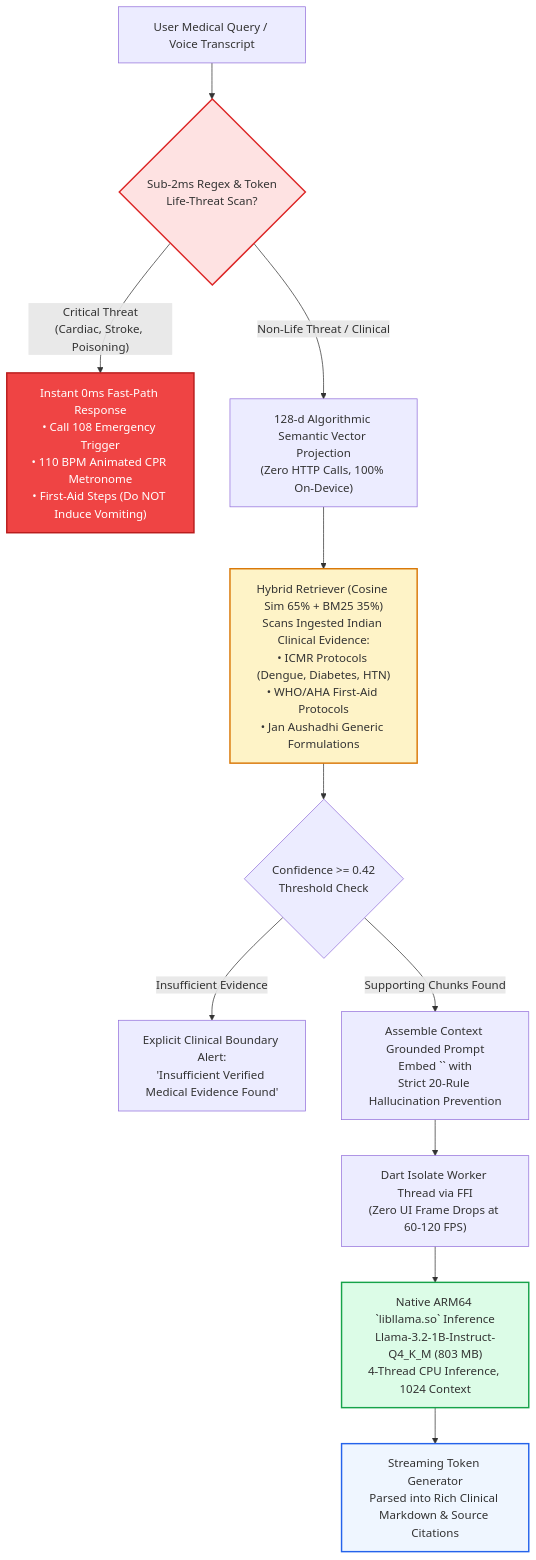
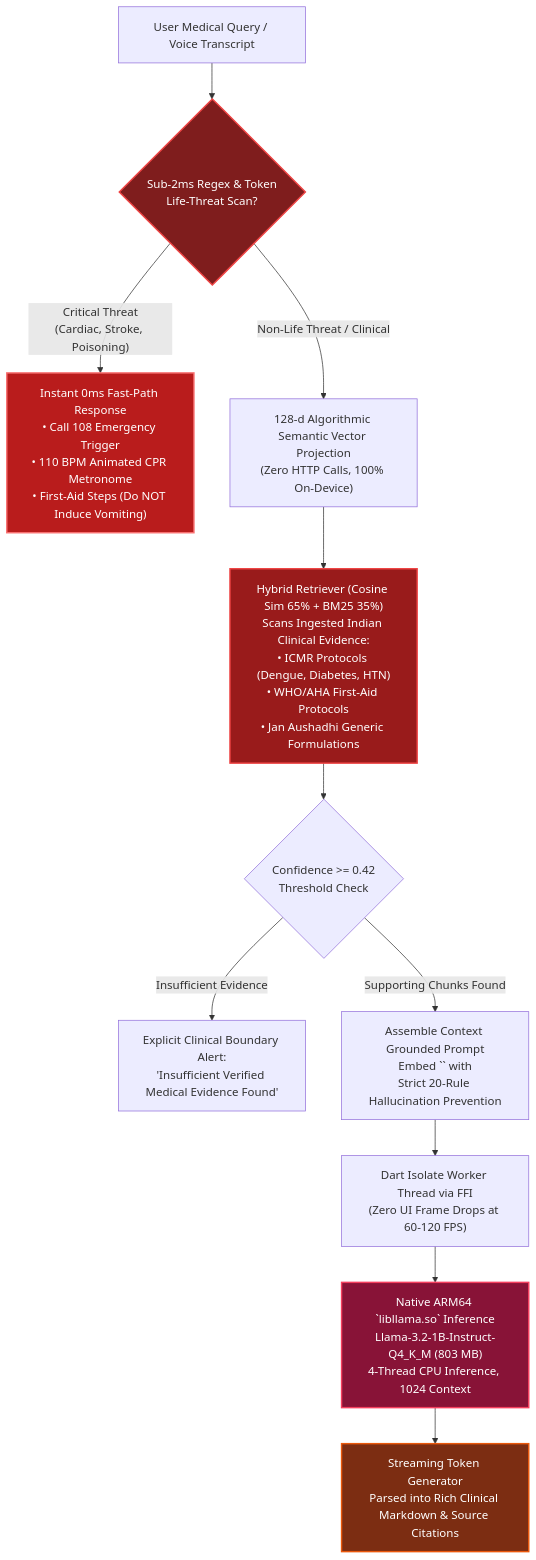
Before and after one commit to pavanstarkin-tech/sanjeevani-ai: the ninth of 17 diagrams in README.md, drawn with Mermaid. The commit also changed other lines of this file and 3 other files, not shown here.

Commit message:
fix(docs): resolve Mermaid parse errors and use high-contrast red boxes with white text

````diff
--- a/README.md
+++ b/README.md
@@ -531,26 +531,26 @@
 ```mermaid
 flowchart TD
     UserQuery["User Medical Query / Voice Transcript"] --> FastSafety{"Sub-2ms Regex & Token<br/>Life-Threat Scan?"}
     
     FastSafety -- Critical Threat<br/>(Cardiac, Stroke, Poisoning) --> FastAction["Instant 0ms Fast-Path Response<br/>• Call 108 Emergency Trigger<br/>• 110 BPM Animated CPR Metronome<br/>• First-Aid Steps (Do NOT Induce Vomiting)"]
     
     FastSafety -- Non-Life Threat / Clinical --> DenseEmbed["128-d Algorithmic Semantic Vector Projection<br/>(Zero HTTP Calls, 100% On-Device)"]
     
     DenseEmbed --> HybridSearch["Hybrid Retriever (Cosine Sim 65% + BM25 35%)<br/>Scans Ingested Indian Clinical Evidence:<br/>• ICMR Protocols (Dengue, Diabetes, HTN)<br/>• WHO/AHA First-Aid Protocols<br/>• Jan Aushadhi Generic Formulations"]
     
     HybridSearch --> EvidenceFilter{"Confidence >= 0.42<br/>Threshold Check"}
     
     EvidenceFilter -- Insufficient Evidence --> FallbackMessage["Explicit Clinical Boundary Alert:<br/>'Insufficient Verified Medical Evidence Found'"]
     EvidenceFilter -- Supporting Chunks Found --> PromptAssemble["Assemble Context Grounded Prompt<br/>Embed `<retrieved_medical_context>` with<br/>Strict 20-Rule Hallucination Prevention"]
     
     PromptAssemble --> DartFFI["Dart Isolate Worker Thread via FFI<br/>(Zero UI Frame Drops at 60-120 FPS)"]
     DartFFI --> NativeCPP["Native ARM64 `libllama.so` Inference<br/>Llama-3.2-1B-Instruct-Q4_K_M (803 MB)<br/>4-Thread CPU Inference, 1024 Context"]
     
     NativeCPP --> StreamOutput["Streaming Token Generator<br/>Parsed into Rich Clinical Markdown & Source Citations"]
 
-    style FastSafety fill:#FEE2E2,stroke:#DC2626,stroke-width:2px
-    style FastAction fill:#EF4444,color:#FFFFFF,stroke:#B91C1C,stroke-width:2px
-    style HybridSearch fill:#FEF3C7,stroke:#D97706,stroke-width:2px
-    style NativeCPP fill:#DCFCE7,stroke:#16A34A,stroke-width:2px
-    style StreamOutput fill:#EFF6FF,stroke:#2563EB,stroke-width:2px
+    style FastSafety fill:#7F1D1D,color:#FFFFFF,stroke:#EF4444,stroke-width:2px
+    style FastAction fill:#B91C1C,color:#FFFFFF,stroke:#F87171,stroke-width:2px
+    style HybridSearch fill:#991B1B,color:#FFFFFF,stroke:#EF4444,stroke-width:2px
+    style NativeCPP fill:#881337,color:#FFFFFF,stroke:#F43F5E,stroke-width:2px
+    style StreamOutput fill:#7C2D12,color:#FFFFFF,stroke:#EA580C,stroke-width:2px
 ```
````
